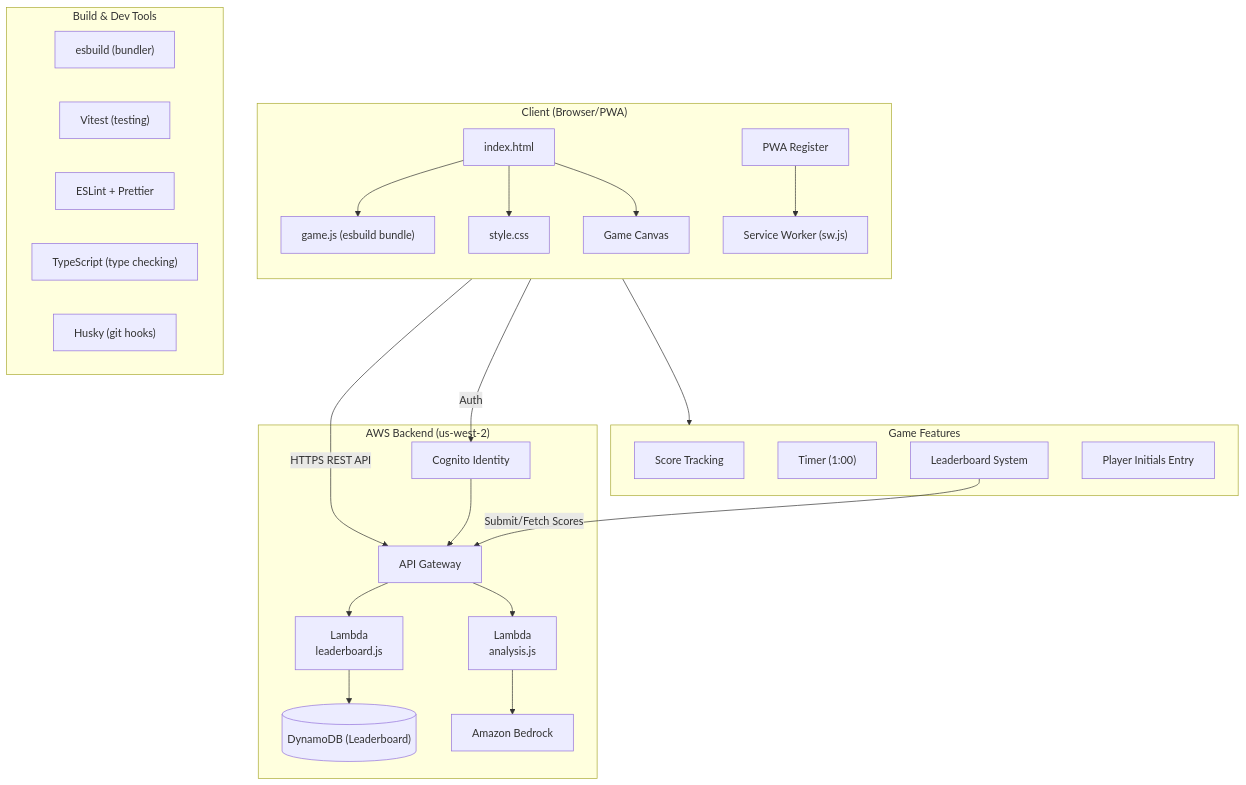
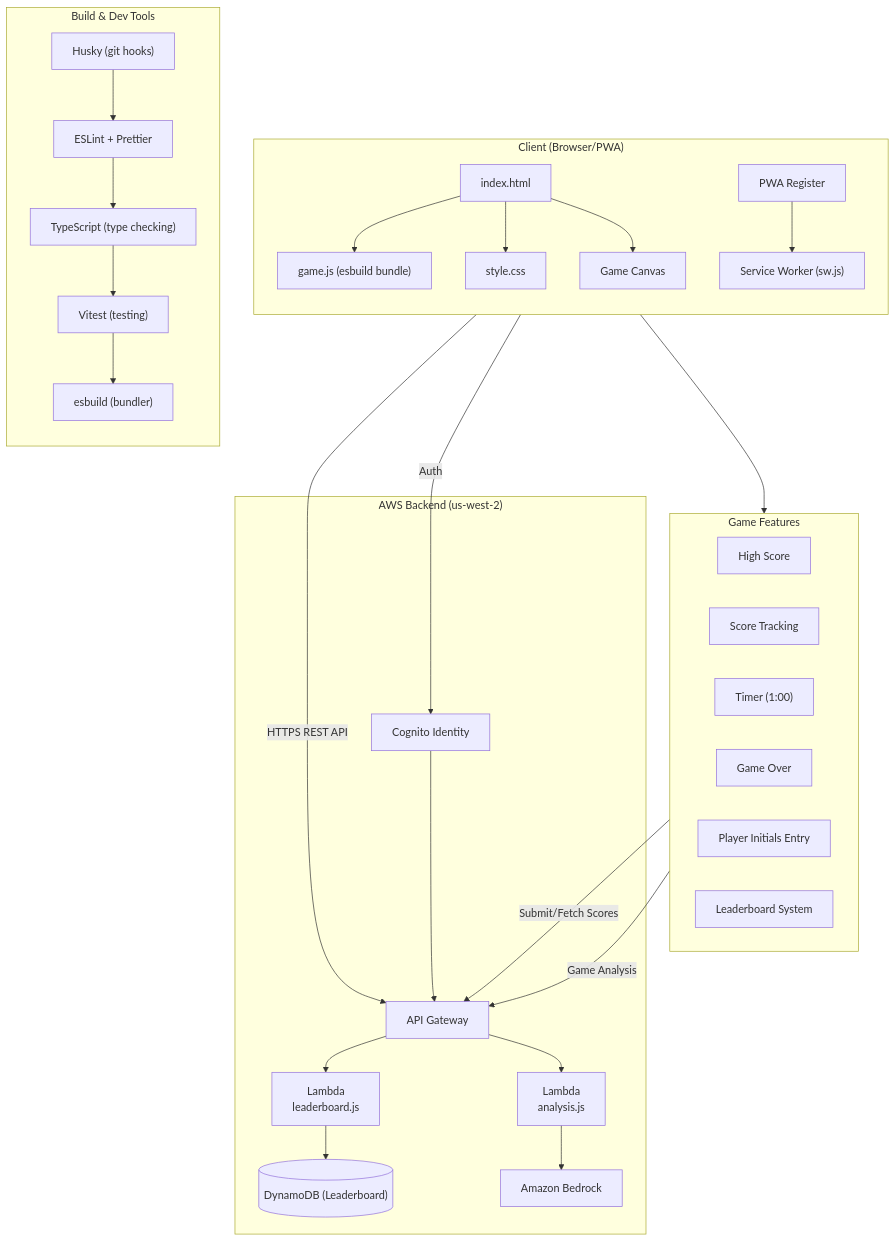
The diagram in README.md (bstraehle/ai-horizon), drawn with Mermaid before and after one commit. The commit also changed 1 other file, not shown here.

Commit message:
Update Mermaid diagram

````diff
--- a/README.md
+++ b/README.md
@@ -3,53 +3,63 @@
 ```mermaid
 flowchart TB
     subgraph Client ["Client (Browser/PWA)"]
         direction TB
         HTML["index.html"]
         JS["game.js (esbuild bundle)"]
         CSS["style.css"]
         SW["Service Worker (sw.js)"]
         PWA["PWA Register"]
         Canvas["Game Canvas"]
 
         HTML --> JS
         HTML --> CSS
         HTML --> Canvas
         PWA --> SW
     end
 
     subgraph BuildTools ["Build & Dev Tools"]
-        ESBuild["esbuild (bundler)"]
-        Vitest["Vitest (testing)"]
+        direction TB
+        Husky["Husky (git hooks)"]
         ESLint["ESLint + Prettier"]
         TypeScript["TypeScript (type checking)"]
-        Husky["Husky (git hooks)"]
+        Vitest["Vitest (testing)"]
+        ESBuild["esbuild (bundler)"]
+
+        Husky --> ESLint
+        ESLint --> TypeScript
+        TypeScript --> Vitest
+        Vitest --> ESBuild
     end
 
     subgraph AWS ["AWS Backend (us-west-2)"]
         APIGW["API Gateway"]
         Cognito["Cognito Identity"]
         LeaderboardLambda["Lambda\nleaderboard.js"]
         AnalysisLambda["Lambda\nanalysis.js"]
         Bedrock["Amazon Bedrock"]
         DynamoDB[("DynamoDB (Leaderboard)")]
 
         APIGW --> LeaderboardLambda
         APIGW --> AnalysisLambda
         LeaderboardLambda --> DynamoDB
         AnalysisLambda --> Bedrock
         Cognito --> APIGW
     end
 
-    JS --> |"HTTPS REST API"| APIGW
-    JS --> |"Auth"| Cognito
+    JS -->|"HTTPS REST API"| APIGW
+    JS -->|"Auth"| Cognito
 
     subgraph GameFeatures ["Game Features"]
+        direction LR
+        HighScore["High Score"]
         Score["Score Tracking"]
         Timer["Timer (1:00)"]
+        GameOver["Game Over"]
+        Initials["Player Initials Entry"]
         Leaderboard["Leaderboard System"]
-        Initials["Player Initials Entry"]
     end
 
     Canvas --> GameFeatures
-    Leaderboard --> |"Submit/Fetch Scores"| APIGW
+    Leaderboard -->|"Submit/Fetch Scores"| APIGW
+    GameOver -->|"Game Analysis"| APIGW
 ```
````
